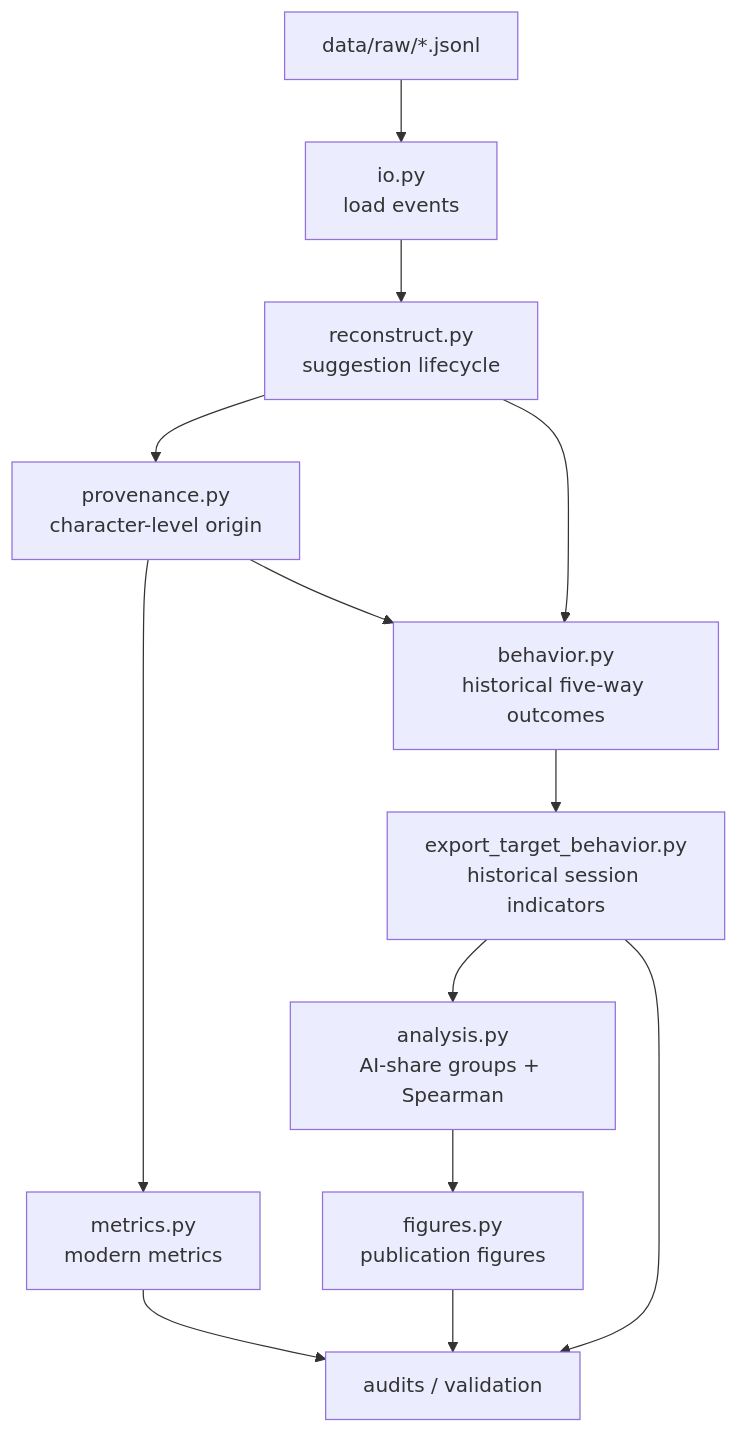
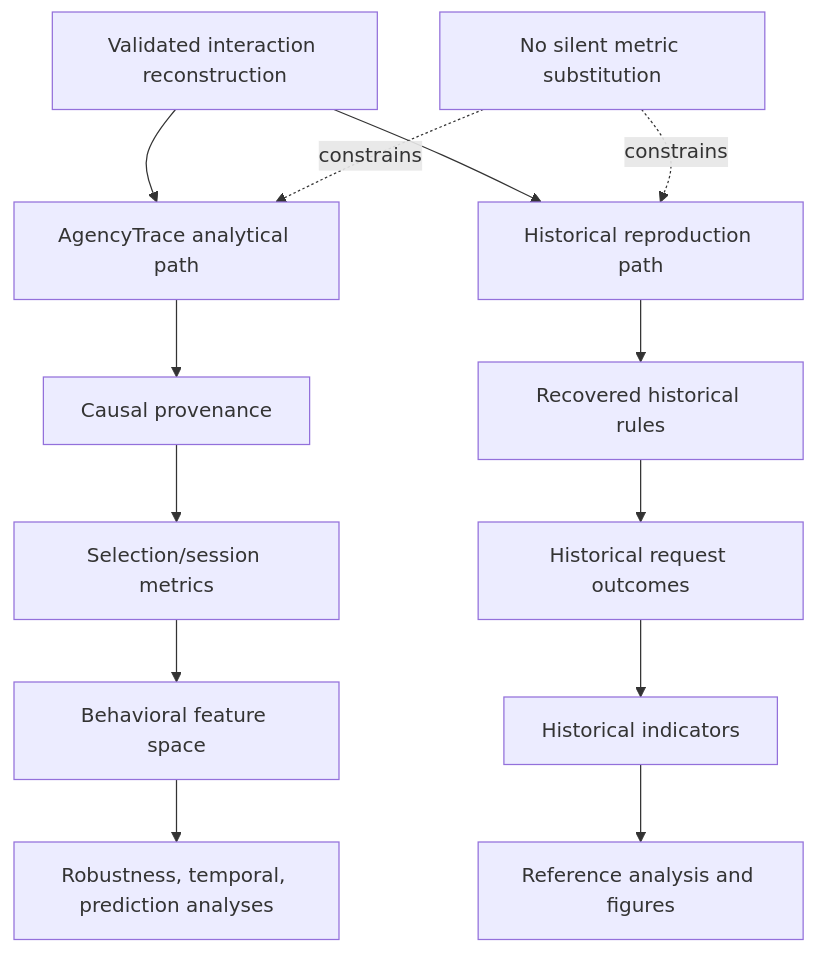
One commit to amalkerrouche1208-create/Agency-Trace-Framework changed the fourth of 8 diagrams in docs/architecture.md. Above: the diagram before and after it, drawn with Mermaid. The commit also changed other lines of this file and 19 other files, not shown here.

````diff
--- a/docs/architecture.md
+++ b/docs/architecture.md
@@ -9,18 +163,21 @@
 ```mermaid
 flowchart TD
-    RAW["data/raw/*.jsonl"] --> IO["io.py\nload events"]
-    IO --> REC["reconstruct.py\nsuggestion lifecycle"]
-    REC --> PROV["provenance.py\ncharacter-level origin"]
-    PROV --> MET["metrics.py\nmodern metrics"]
+    A["Validated interaction reconstruction"]
 
-    REC --> BEH["behavior.py\nhistorical five-way outcomes"]
-    PROV --> BEH
+    A --> B["AgencyTrace analytical path"]
+    A --> C["Historical reproduction path"]
 
-    BEH --> EXP["export_target_behavior.py\nhistorical session indicators"]
-    EXP --> ANA["analysis.py\nAI-share groups + Spearman"]
-    ANA --> FIG["figures.py\npublication figures"]
+    B --> B1["Causal provenance"]
+    B1 --> B2["Selection/session metrics"]
+    B2 --> B3["Behavioral feature space"]
+    B3 --> B4["Robustness, temporal, prediction analyses"]
 
-    MET --> VAL["audits / validation"]
-    FIG --> VAL
-    EXP --> VAL
+    C --> C1["Recovered historical rules"]
+    C1 --> C2["Historical request outcomes"]
+    C2 --> C3["Historical indicators"]
+    C3 --> C4["Reference analysis and figures"]
+
+    D["No silent metric substitution"]
+    D -. constrains .-> B
+    D -. constrains .-> C
 ```
````
